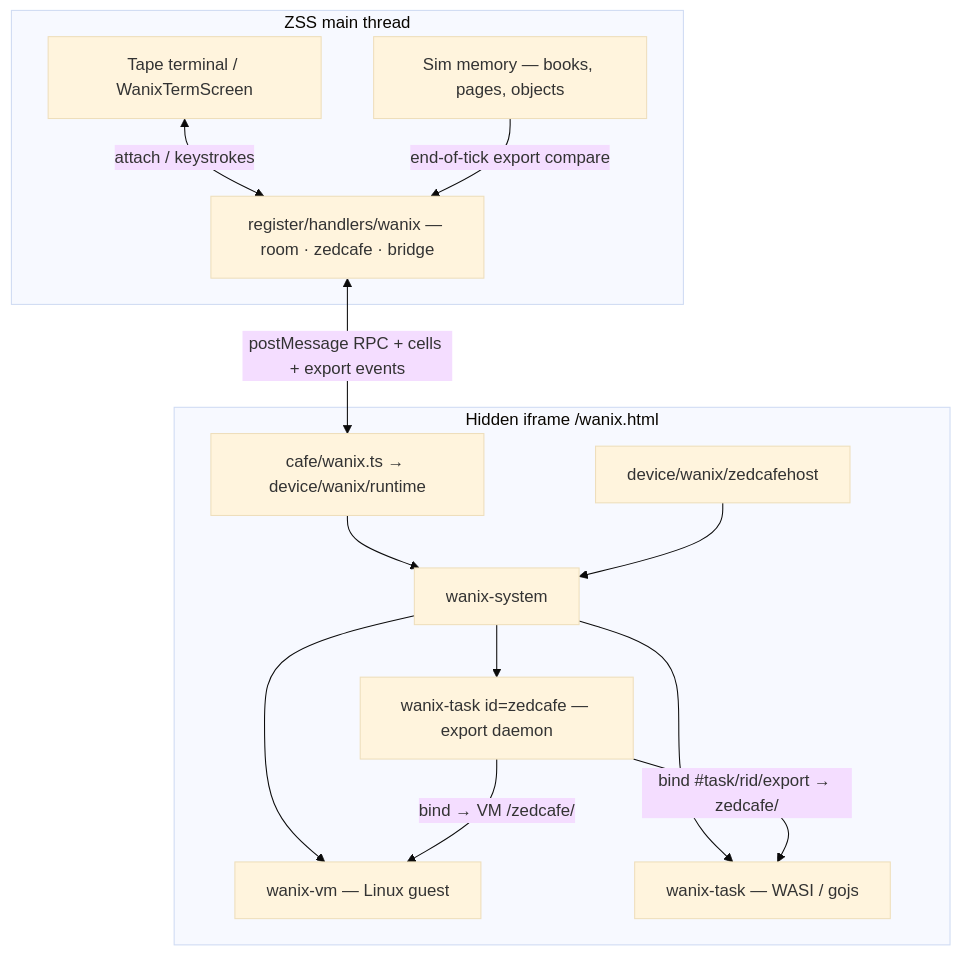
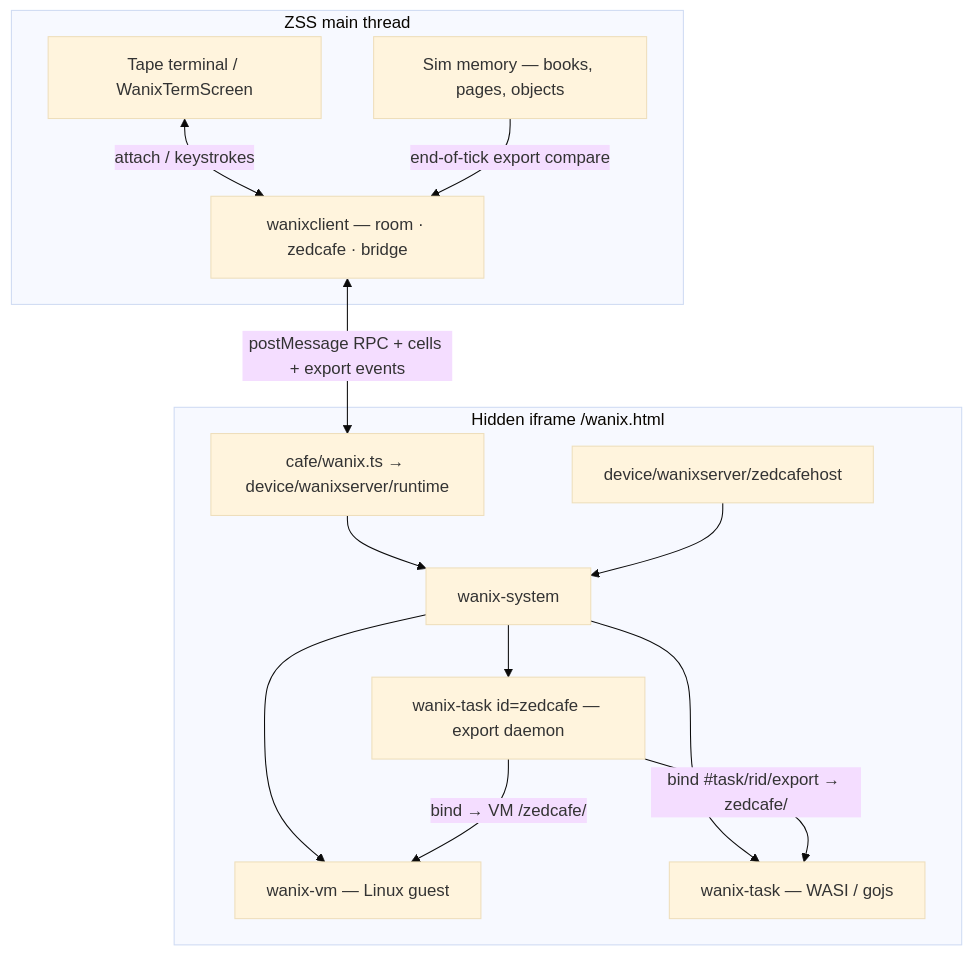
The first of 9 diagrams in zss/feature/wanix/README.md (goldbuick/zed-software-system), drawn with Mermaid (base theme) before and after one commit. The commit also changed other lines of this file and 189 other files, not shown here.

````diff
--- a/zss/feature/wanix/README.md
+++ b/zss/feature/wanix/README.md
@@ -34,25 +34,25 @@
 ```mermaid
 flowchart TB
   subgraph zss_main["ZSS main thread"]
     UI["Tape terminal / WanixTermScreen"]
     Mem["Sim memory — books, pages, objects"]
-    Parent["register/handlers/wanix — room · zedcafe · bridge"]
+    Parent["wanixclient — room · zedcafe · bridge"]
     UI <-- attach / keystrokes --> Parent
     Mem -->|"end-of-tick export compare"| Parent
   end
 
   subgraph iframe["Hidden iframe /wanix.html"]
-    Cafe["cafe/wanix.ts → device/wanix/runtime"]
+    Cafe["cafe/wanix.ts → device/wanixserver/runtime"]
     Sys["wanix-system"]
-    Host["device/wanix/zedcafehost"]
+    Host["device/wanixserver/zedcafehost"]
     Cafe --> Sys
     Host --> Sys
     Sys --> VM["wanix-vm — Linux guest"]
     Sys --> Tasks["wanix-task — WASI / gojs"]
     Sys --> ZTask["wanix-task id=zedcafe — export daemon"]
   end
 
   Parent <-->|"postMessage RPC + cells + export events"| Cafe
   ZTask -->|"bind #task/rid/export → zedcafe/"| Tasks
   ZTask -->|"bind → VM /zedcafe/"| VM
 ```
````
